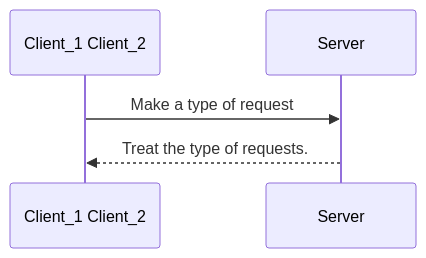
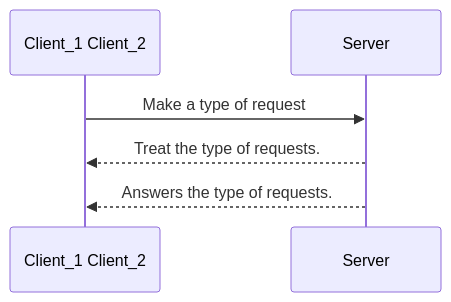
One commit to laize-loucia/movie_booking changed the first of 3 diagrams in README.md. Above: the diagram before and after it, drawn with Mermaid.

````diff
--- a/README.md
+++ b/README.md
@@ -7,6 +7,8 @@
 ```mermaid
 sequenceDiagram
 
     Client_1 Client_2->>Server: Make a type of request
     Server-->>Client_1 Client_2: Treat the type of requests.
+    Server-->>Client_1 Client_2: Answers the type of requests.
+
 ```
````
